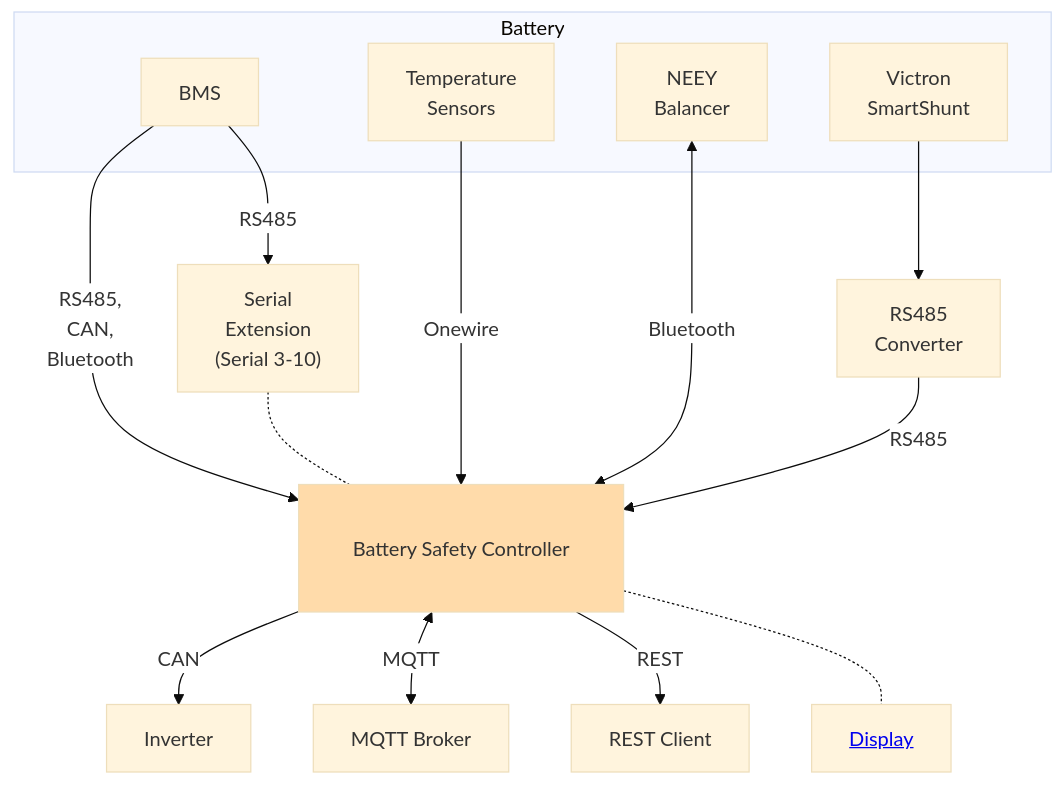
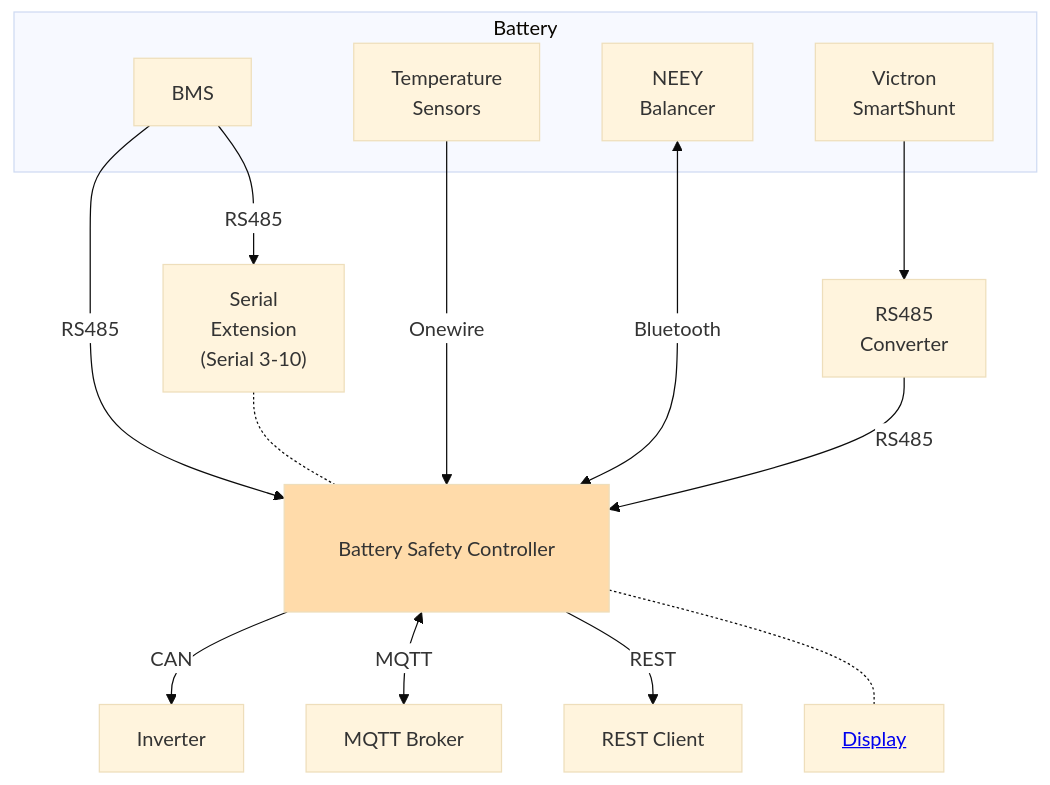
The diagram in docs/system_overview.md (bsc-org/bsc), drawn with Mermaid before and after one commit.

````diff
--- a/docs/system_overview.md
+++ b/docs/system_overview.md
@@ -4,32 +4,32 @@
 ```mermaid
 %%{init: {
     'theme': 'base', 
     'themeVariables': { 'fontSize': '16px', 'fontFamily': 'Arial', 'edgeLabelBackground': 'white'}
 }}%%
 
 
 flowchart TD
-    BMS[BMS] -- "RS485,<br>CAN,<br>Bluetooth" --> BSC[Serial 0-2]
+    BMS[BMS] -- "RS485" --> BSC[Serial 0-2]
     TEMP_SENSOR[Temperature<br>Sensors] -- Onewire --> BSC
     NEEY[NEEY<br>Balancer] <-- Bluetooth --> BSC[Bluetooth]
     VICTRON_SHUNT[Victron<br>SmartShunt] --> VICTRON_SHUNT_CONV[RS485<br>Converter] -- RS485 --> BSC
     BSC -- CAN --> CAN[Inverter]
     BSC[MQTT] <-- MQTT --> MQTT_BROKER[MQTT Broker]
     BSC[REST API] -- REST --> REST[REST Client]
 
     BSC[Extension<br>Interface] -.- E1[<a href='hardware.md#bsc-display'>Display</a>]
     SE["Serial<br>Extension<br>(Serial 3-10)"] -.- BSC
     BMS -- RS485 --> SE
 
     BSC[Battery Safety Controller]:::wide
     
     subgraph Battery  
         BMS
         TEMP_SENSOR
         NEEY
         VICTRON_SHUNT
     end
 
 classDef wide padding:200px
 style BSC fill:#ffdbaa 
 ```
````
